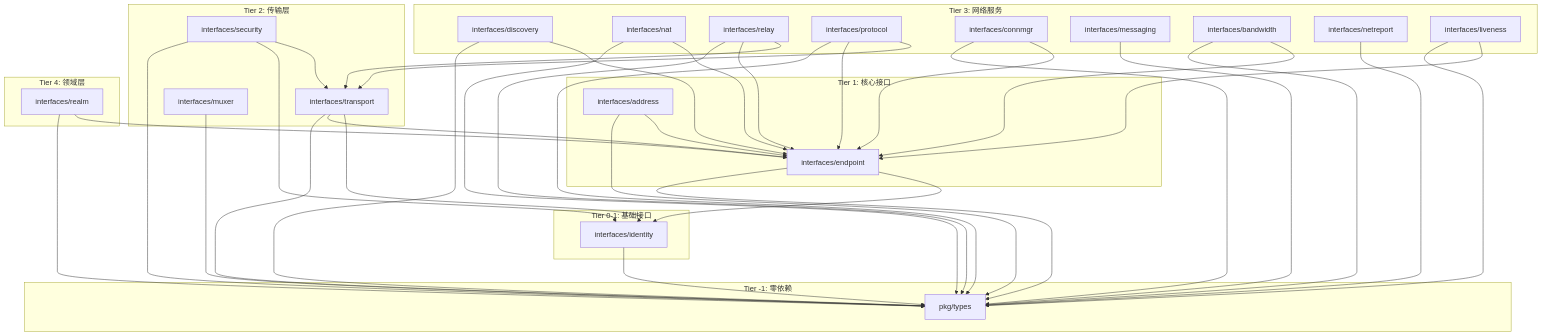
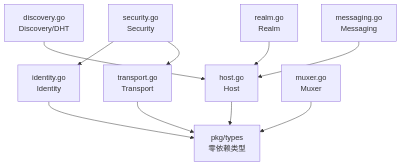
The diagram in pkg/interfaces/README.md (dep2p/go-dep2p), drawn with Mermaid before and after one commit. The commit also changed other lines of this file and 2026 other files, not shown here.

````diff
--- a/pkg/interfaces/README.md
+++ b/pkg/interfaces/README.md
@@ -80,70 +72,22 @@
 ```mermaid
 graph TD
-    subgraph TierMinus1["Tier -1: 零依赖"]
-        types[pkg/types]
-    end
-    
-    subgraph Tier0["Tier 0-1: 基础接口"]
-        identity[interfaces/identity]
-    end
-    
-    subgraph Tier1["Tier 1: 核心接口"]
-        endpoint[interfaces/endpoint]
-        address[interfaces/address]
-    end
-    
-    subgraph Tier2["Tier 2: 传输层"]
-        transport[interfaces/transport]
-        security[interfaces/security]
-        muxer[interfaces/muxer]
-    end
-    
-    subgraph Tier3["Tier 3: 网络服务"]
-        discovery[interfaces/discovery]
-        nat[interfaces/nat]
-        relay[interfaces/relay]
-        protocol[interfaces/protocol]
-        connmgr[interfaces/connmgr]
-        messaging[interfaces/messaging]
-        bandwidth[interfaces/bandwidth]
-        netreport[interfaces/netreport]
-        liveness[interfaces/liveness]
-    end
-    
-    subgraph Tier4["Tier 4: 领域层"]
-        realm[interfaces/realm]
-    end
+    types[pkg/types<br/>零依赖类型]
+    identity[identity.go<br/>Identity]
+    host[host.go<br/>Host]
+    transport[transport.go<br/>Transport]
+    security[security.go<br/>Security]
+    muxer[muxer.go<br/>Muxer]
+    discovery[discovery.go<br/>Discovery/DHT]
+    realm[realm.go<br/>Realm]
+    messaging[messaging.go<br/>Messaging]
     
     identity --> types
-    endpoint --> types
-    endpoint --> identity
-    address --> types
-    address --> endpoint
+    host --> types
     transport --> types
-    transport --> endpoint
-    transport --> identity
-    security --> types
     security --> identity
     security --> transport
     muxer --> types
-    discovery --> types
-    discovery --> endpoint
-    nat --> types
-    nat --> endpoint
-    relay --> types
-    relay --> endpoint
-    relay --> transport
-    protocol --> types
-    protocol --> endpoint
-    protocol --> transport
-    connmgr --> types
-    connmgr --> endpoint
-    messaging --> types
-    bandwidth --> types
-    bandwidth --> endpoint
-    netreport --> types
-    liveness --> types
-    liveness --> endpoint
-    realm --> types
-    realm --> endpoint
+    discovery --> host
+    realm --> host
+    messaging --> host
 ```
````
